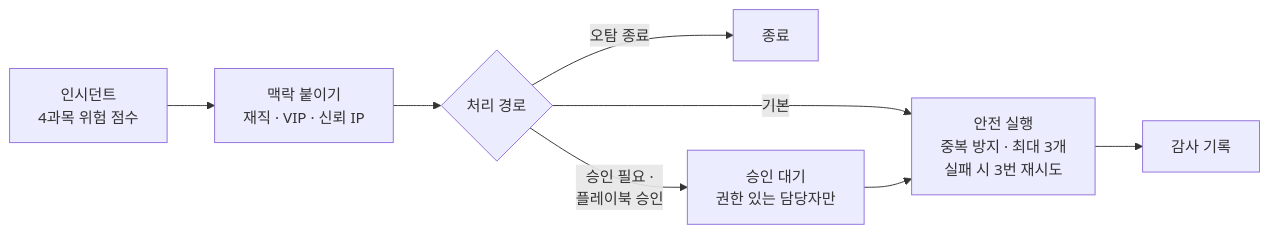
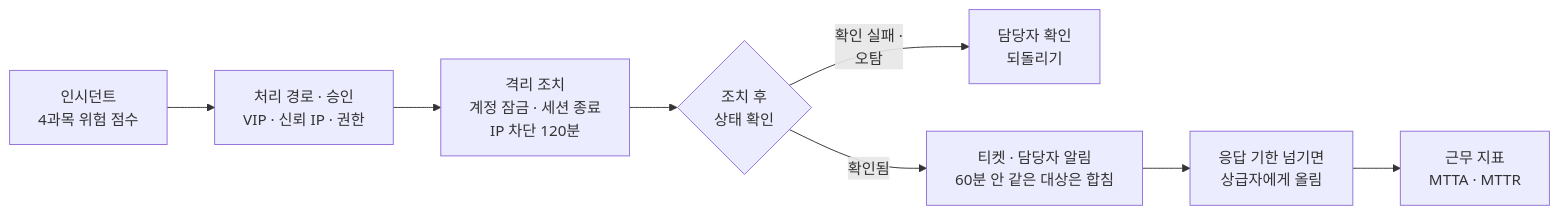
The diagram in soar_response_5/README.md (mdkk0220/security-agent-toolkit), drawn with Mermaid before and after one commit. The commit also changed other lines of this file and 1 other file, not shown here.

First line of the commit message:
docs: 5과목 SOAR Day 3 · 4(격리 · 되돌리기 · 티켓 · 올림 · 근무 지표) README 반영

````diff
--- a/soar_response_5/README.md
+++ b/soar_response_5/README.md
@@ -7,10 +7,10 @@
 ```mermaid
 flowchart LR
-    A["인시던트<br/>4과목 위험 점수"] --> B["맥락 붙이기<br/>재직 · VIP · 신뢰 IP"]
-    B --> C{"처리 경로"}
-    C -- 오탐 종료 --> Z["종료"]
-    C -- "승인 필요 ·<br/>플레이북 승인" --> W["승인 대기<br/>권한 있는 담당자만"]
-    C -- 기본 --> D["안전 실행<br/>중복 방지 · 최대 3개<br/>실패 시 3번 재시도"]
-    W --> D
-    D --> L["감사 기록"]
+    A["인시던트<br/>4과목 위험 점수"] --> B["처리 경로 · 승인<br/>VIP · 신뢰 IP · 권한"]
+    B --> C["격리 조치<br/>계정 잠금 · 세션 종료<br/>IP 차단 120분"]
+    C --> D{"조치 후<br/>상태 확인"}
+    D -- "확인 실패 ·<br/>오탐" --> R["담당자 확인<br/>되돌리기"]
+    D -- 확인됨 --> T["티켓 · 담당자 알림<br/>60분 안 같은 대상은 합침"]
+    T --> E["응답 기한 넘기면<br/>상급자에게 올림"]
+    E --> M["근무 지표<br/>MTTA · MTTR"]
 ```
````
